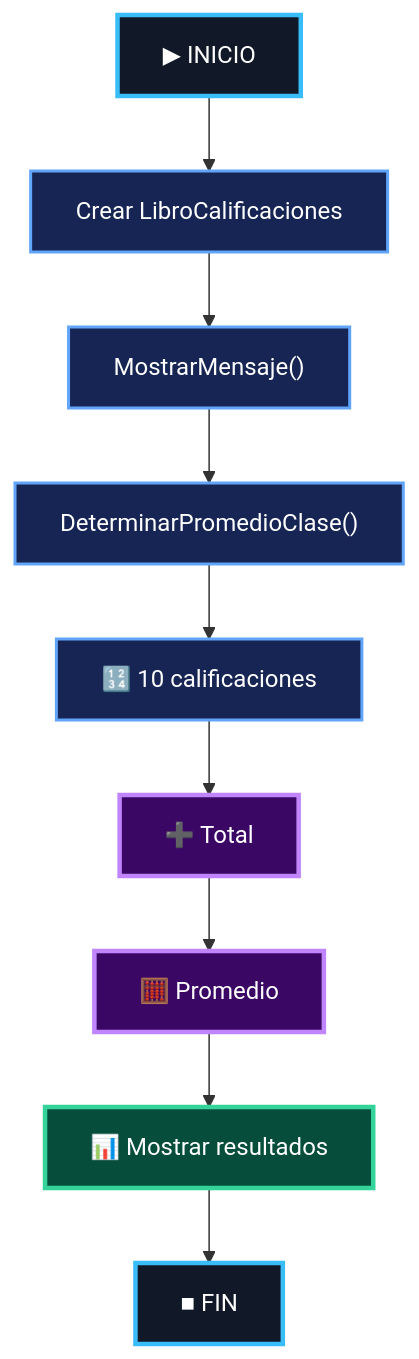
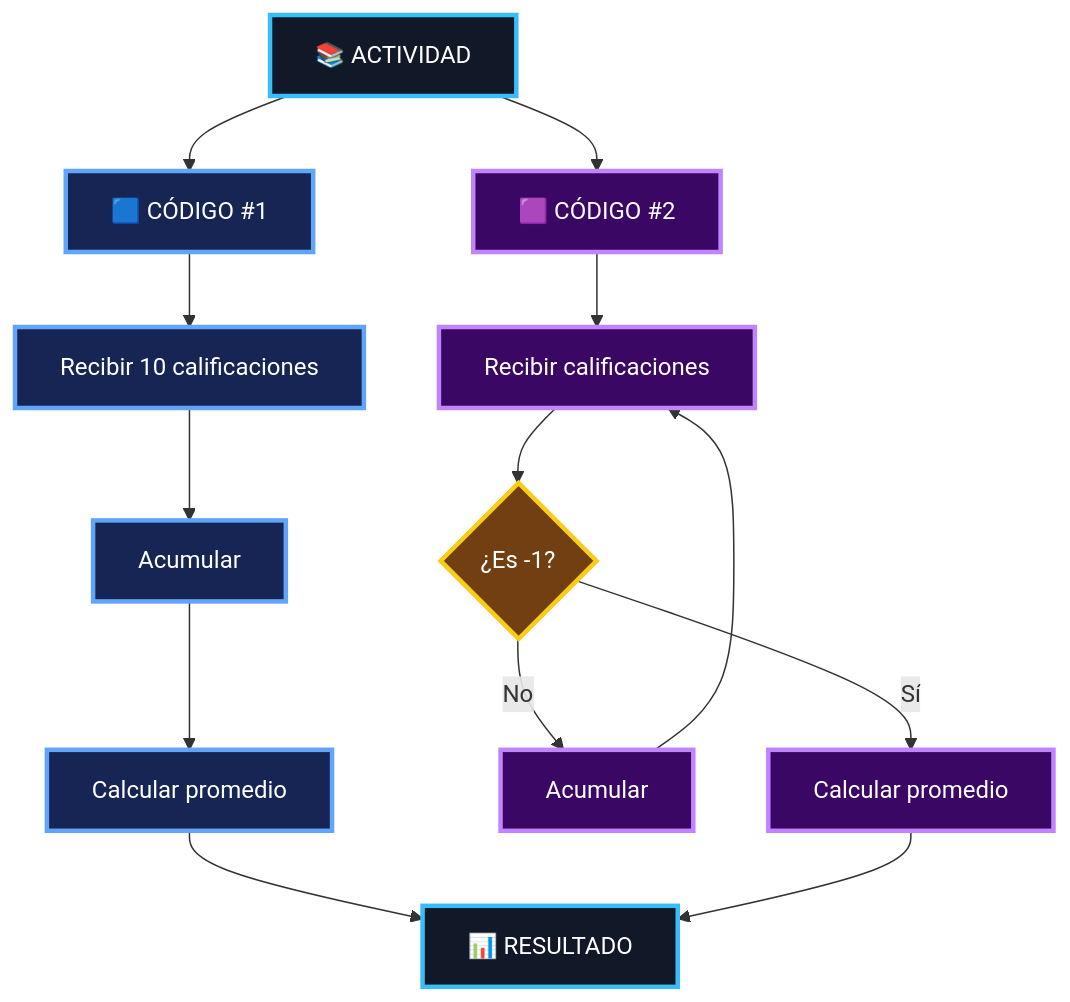
The sixth of 6 diagrams in README.md (VITIDEV06/Actividad-C-SHARP-Libreta-de-Calificaciones-Hojas-Impresas), drawn with Mermaid before and after one commit. The commit also changed other lines of this file, not shown here.

````diff
--- a/README.md
+++ b/README.md
@@ -449,22 +571,30 @@
 ```mermaid
 flowchart TD
 
-    A["▶ INICIO"] --> B["Crear LibroCalificaciones"]
-    B --> C["MostrarMensaje()"]
-    C --> D["DeterminarPromedioClase()"]
-    D --> E["🔢 10 calificaciones"]
-    E --> F["➕ Total"]
-    F --> G["🧮 Promedio"]
-    G --> H["📊 Mostrar resultados"]
-    H --> I["■ FIN"]
+    A["📚 ACTIVIDAD"] --> B["🟦 CÓDIGO #1"]
+    A --> C["🟪 CÓDIGO #2"]
 
-    classDef start fill:#111827,stroke:#38BDF8,color:#FFFFFF,stroke-width:3px;
-    classDef process fill:#172554,stroke:#60A5FA,color:#FFFFFF,stroke-width:2px;
-    classDef calculation fill:#3B0764,stroke:#C084FC,color:#FFFFFF,stroke-width:3px;
-    classDef result fill:#064E3B,stroke:#34D399,color:#FFFFFF,stroke-width:3px;
+    B --> D["Recibir 10 calificaciones"]
+    D --> E["Acumular"]
+    E --> F["Calcular promedio"]
 
-    class A,I start;
-    class B,C,D,E process;
-    class F,G calculation;
-    class H result;
+    C --> G["Recibir calificaciones"]
+    G --> H{"¿Es -1?"}
+    H -- "No" --> I["Acumular"]
+    I --> G
+    H -- "Sí" --> J["Calcular promedio"]
+
+    F --> K["📊 RESULTADO"]
+    J --> K
+
+    classDef activity fill:#111827,stroke:#38BDF8,color:#FFFFFF,stroke-width:3px;
+    classDef code1 fill:#172554,stroke:#60A5FA,color:#FFFFFF,stroke-width:3px;
+    classDef code2 fill:#3B0764,stroke:#C084FC,color:#FFFFFF,stroke-width:3px;
+    classDef process fill:#064E3B,stroke:#34D399,color:#FFFFFF,stroke-width:2px;
+    classDef condition fill:#713F12,stroke:#FACC15,color:#FFFFFF,stroke-width:3px;
+
+    class A,K activity;
+    class B,D,E,F code1;
+    class C,G,I,J code2;
+    class H condition;
 ```
````
